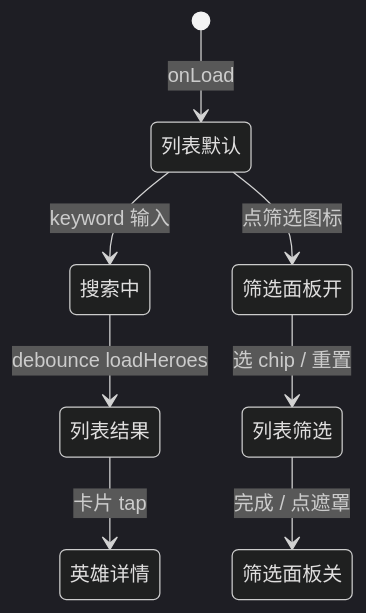
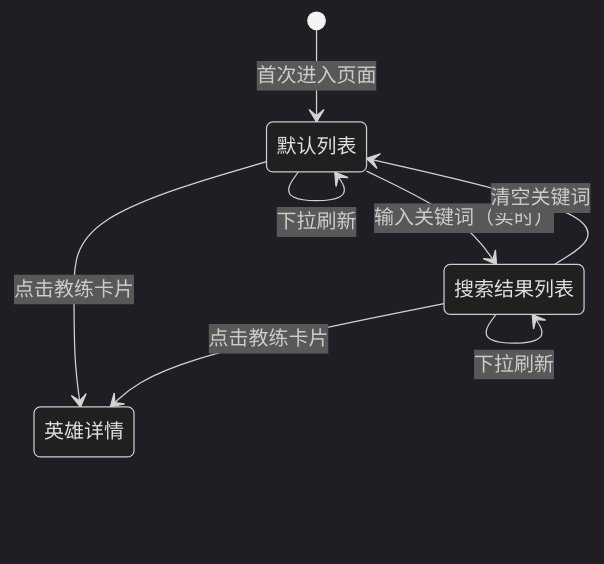
One commit to cgd1093702532-star/personal-site changed the diagram in docs/miniprogram/pages/英雄广场.md. Above: the diagram before and after it, drawn with Mermaid (dark theme). The commit also changed other lines of this file and 216 other files, not shown here.

````diff
--- a/docs/miniprogram/pages/英雄广场.md
+++ b/docs/miniprogram/pages/英雄广场.md
@@ -62,10 +117,10 @@
 ```mermaid
 stateDiagram-v2
-  [*] --> 列表默认: onLoad
-  列表默认 --> 搜索中: keyword 输入
-  搜索中 --> 列表结果: debounce loadHeroes
-  列表默认 --> 筛选面板开: 点筛选图标
-  筛选面板开 --> 列表筛选: 选 chip / 重置
-  列表筛选 --> 筛选面板关: 完成 / 点遮罩
-  列表结果 --> 英雄详情: 卡片 tap
+  [*] --> 默认列表: 首次进入页面
+  默认列表 --> 搜索结果列表: 输入关键词（实时）
+  搜索结果列表 --> 默认列表: 清空关键词
+  默认列表 --> 默认列表: 下拉刷新
+  搜索结果列表 --> 搜索结果列表: 下拉刷新
+  默认列表 --> 英雄详情: 点击教练卡片
+  搜索结果列表 --> 英雄详情: 点击教练卡片
 ```
````
